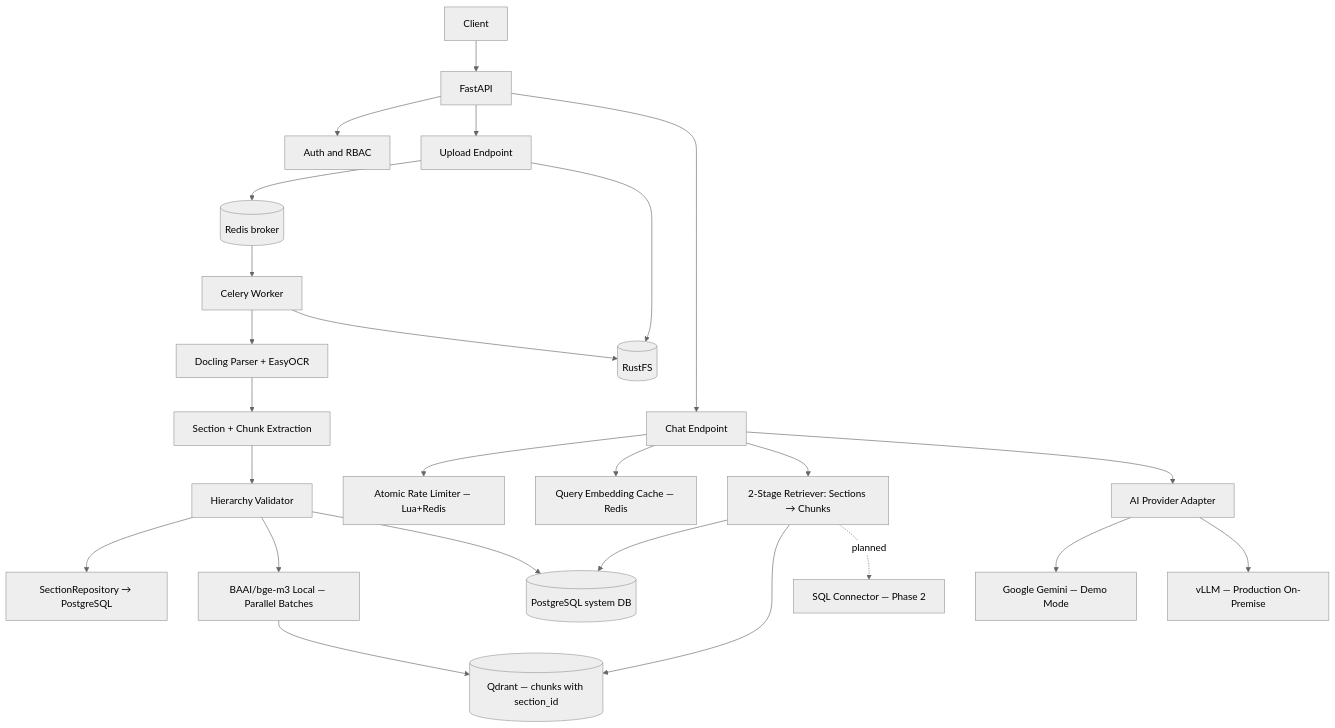
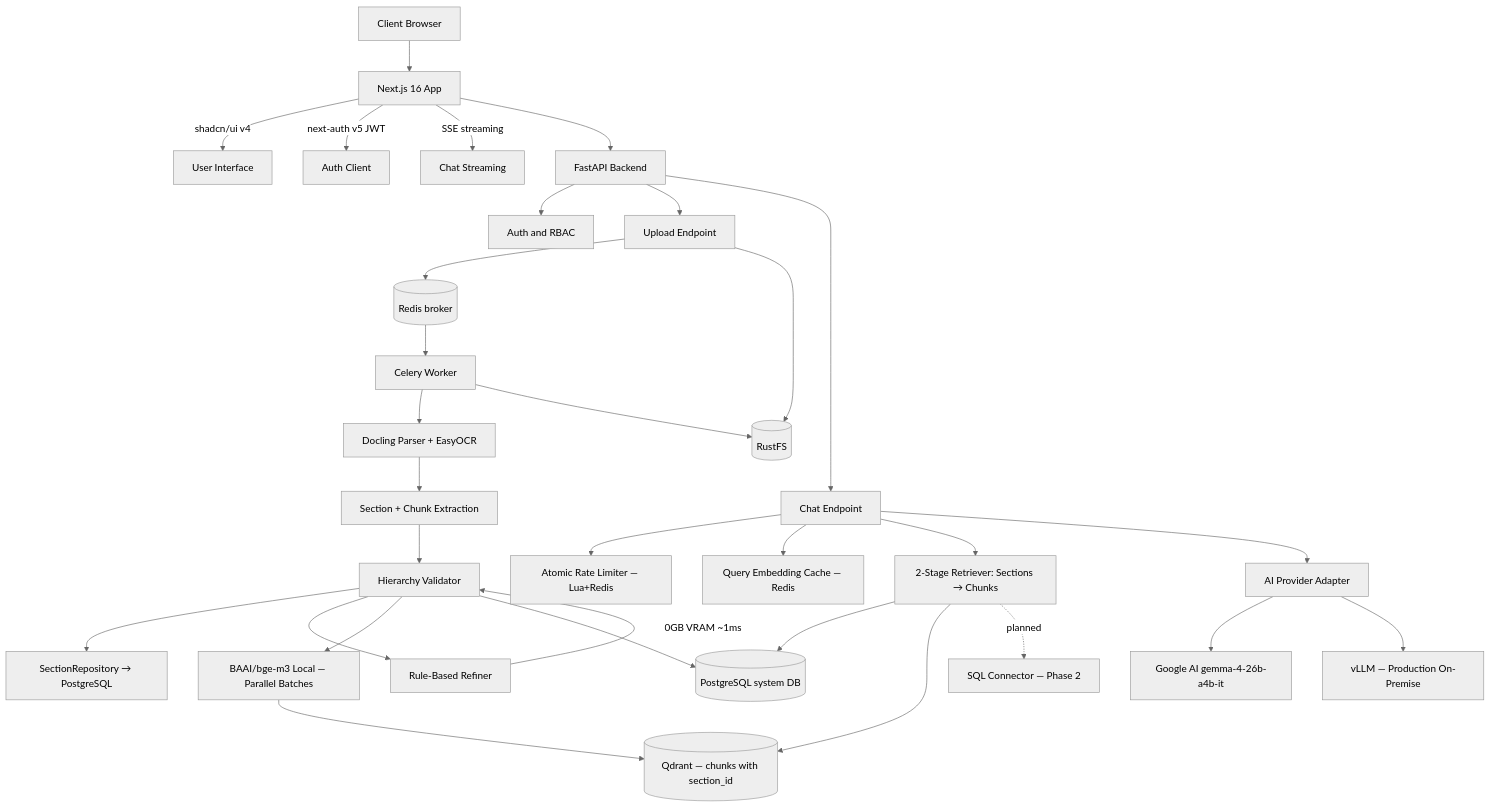
Before and after one commit to qtuanph/chatbot-rag: the diagram in docs/01_SYSTEM_ARCHITECTURE.md, drawn with Mermaid (neutral theme). The commit also changed other lines of this file and 25 other files, not shown here.

````diff
--- a/docs/01_SYSTEM_ARCHITECTURE.md
+++ b/docs/01_SYSTEM_ARCHITECTURE.md
@@ -24,31 +27,38 @@
 ```mermaid
 graph TD
-    Client[Client] --> API[FastAPI]
-    API --> Auth[Auth and RBAC]
+    Client[Client Browser] --> WebApp[Next.js 16 App]
+    WebApp --> |shadcn/ui v4| UI[User Interface]
+    WebApp --> |next-auth v5 JWT| Auth[Auth Client]
+    WebApp --> |SSE streaming| SSE[Chat Streaming]
+
+    WebApp --> API[FastAPI Backend]
+    API --> AuthSvc[Auth and RBAC]
     API --> Upload[Upload Endpoint]
     API --> Chat[Chat Endpoint]
 
     Upload --> Redis[(Redis broker)]
     Redis --> Worker[Celery Worker]
 
     Worker --> Parser[Docling Parser + EasyOCR]
     Parser --> SectionExtractor[Section + Chunk Extraction]
     SectionExtractor --> Validator[Hierarchy Validator]
     Validator --> SectionStore[SectionRepository → PostgreSQL]
+    Validator --> Refiner[Rule-Based Refiner]
+    Refiner --> |0GB VRAM ~1ms| Validator
     Validator --> Embedder[BAAI/bge-m3 Local — Parallel Batches]
     Embedder --> Qdrant[(Qdrant — chunks with section_id)]
     Validator --> PG[(PostgreSQL system DB)]
 
     Upload --> RustFS[(RustFS)]
     Worker --> RustFS
 
     Chat --> Throttle[Atomic Rate Limiter — Lua+Redis]
     Chat --> QueryCache[Query Embedding Cache — Redis]
     Chat --> Retriever[2-Stage Retriever: Sections → Chunks]
     Retriever --> PG
     Retriever --> Qdrant
     Retriever -. planned -.-> SQLConnector[SQL Connector — Phase 2]
     Chat --> LLM[AI Provider Adapter]
-    LLM --> Google[Google Gemini — Demo Mode]
+    LLM --> Google[Google AI gemma-4-26b-a4b-it]
     LLM --> vLLM[vLLM — Production On-Premise]
 ```
````
